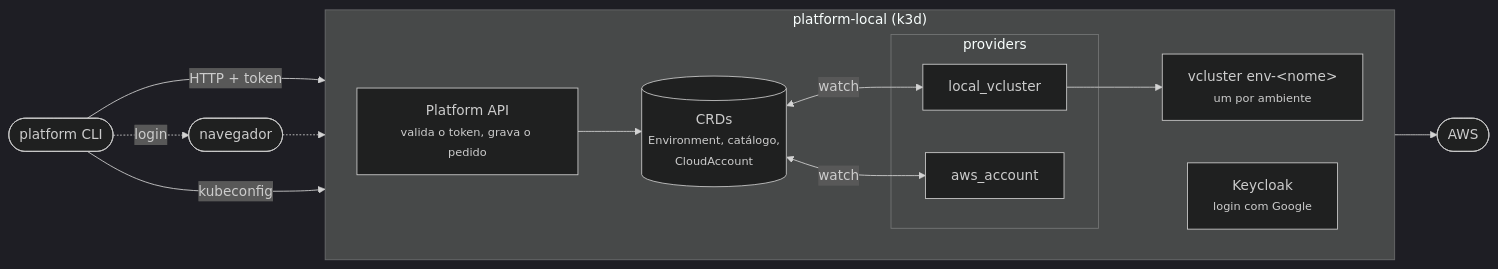
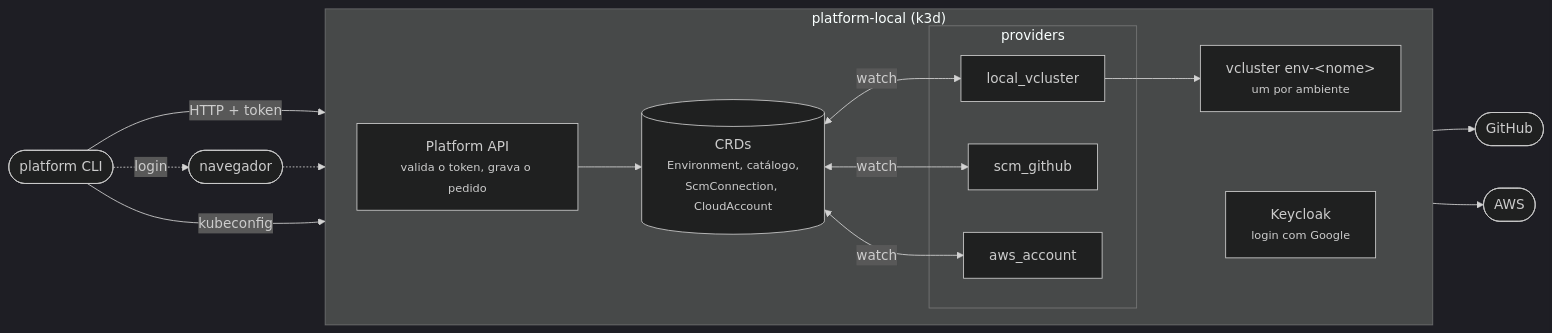
Before and after one commit to smsilva/wasp-idp: the diagram in cli/docs/index.md, drawn with Mermaid (dark theme). The commit also changed other lines of this file and 42 other files, not shown here.

First line of the commit message:
feat(#199): SCM connection do GitHub com App pelo manifest flow

````diff
--- a/cli/docs/index.md
+++ b/cli/docs/index.md
@@ -12,27 +12,30 @@
 ```mermaid
 flowchart LR
   cli(["platform CLI"])
   browser(["navegador"])
 
   subgraph local["platform-local (k3d)"]
     direction LR
     keycloak["Keycloak<br/><small>login com Google</small>"]
     api["Platform API<br/><small>valida o token, grava o pedido</small>"]
-    crds[("CRDs<br/><small>Environment, catálogo,<br/>CloudAccount</small>")]
+    crds[("CRDs<br/><small>Environment, catálogo,<br/>ScmConnection, CloudAccount</small>")]
     subgraph providers["providers"]
       vcluster["local_vcluster"]
+      scm["scm_github"]
       aws["aws_account"]
     end
     envs["vcluster env-&lt;nome&gt;<br/><small>um por ambiente</small>"]
   end
 
+  github(["GitHub"])
   awscloud(["AWS"])
 
   cli -- "HTTP + token" --> api
   cli -. login .-> browser -.-> keycloak
   api --> crds
-  crds <-- watch --> vcluster & aws
+  crds <-- watch --> vcluster & scm & aws
   vcluster --> envs
+  scm --> github
   aws --> awscloud
   cli -- kubeconfig --> envs
 ```
````
